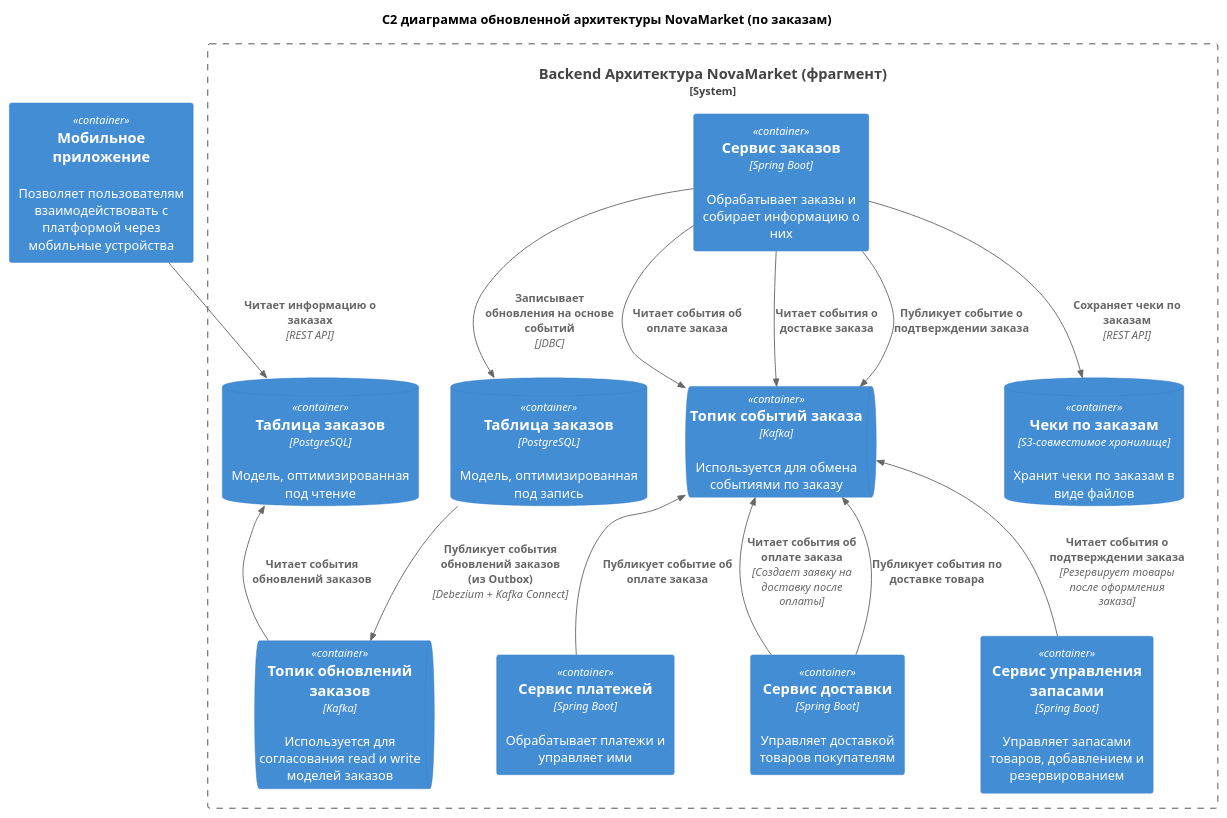
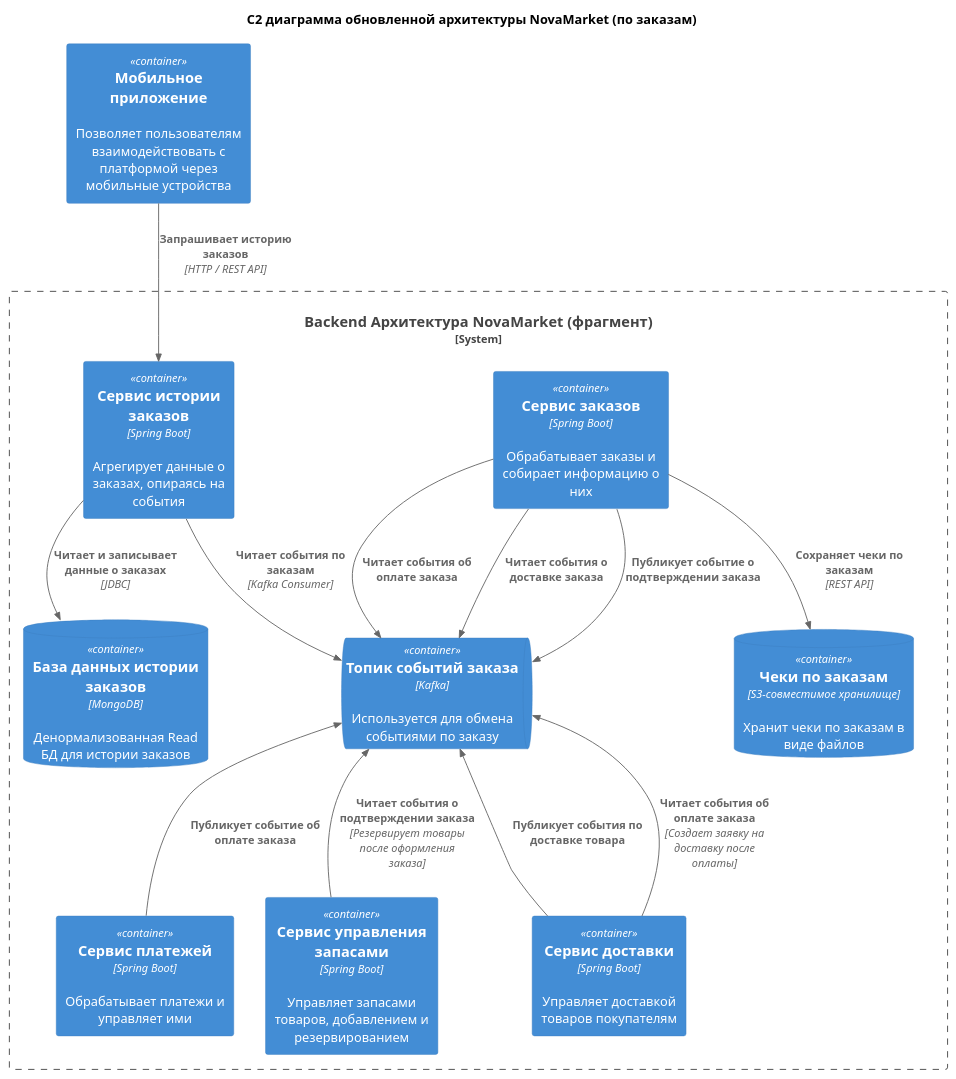
One commit to VladimirBlake/MSA-3-NovaMarket changed the diagram in Task2/c2_order-history.puml. Above: the diagram before and after it, drawn with PlantUML. The commit also changed 1 other file, not shown here.

```diff
--- a/Task2/c2_order-history.puml
+++ b/Task2/c2_order-history.puml
@@ -1,33 +1,31 @@
 @startuml C4_Elements
 !include https://raw.githubusercontent.com/plantuml-stdlib/C4-PlantUML/master/C4_Container.puml
 title "C2 диаграмма обновленной архитектуры NovaMarket (по заказам)"
 
 System_Boundary(novaMarket, "Backend Архитектура NovaMarket (фрагмент)") {
     Container(orderService, "Сервис заказов", "Spring Boot", "Обрабатывает заказы и собирает информацию о них")
     Container(paymentService, "Сервис платежей", "Spring Boot", "Обрабатывает платежи и управляет ими")
     Container(inventoryService, "Сервис управления запасами", "Spring Boot", "Управляет запасами товаров, добавлением и резервированием")
     Container(deliveryService, "Сервис доставки", "Spring Boot", "Управляет доставкой товаров покупателям")
-    ContainerDb(orderReadDb, "Таблица заказов", "PostgreSQL", "Модель, оптимизированная под чтение")
-    ContainerDb(orderWriteDb, "Таблица заказов", "PostgreSQL", "Модель, оптимизированная под запись")
     ContainerDb(s3, "Чеки по заказам", "S3-совместимое хранилище", "Хранит чеки по заказам в виде файлов")
+    Container(orderHistoryService, "Сервис истории заказов", "Spring Boot", "Агрегирует данные о заказах, опираясь на события")
+    ContainerDb(orderHistoryDB, "База данных истории заказов", "MongoDB", "Денормализованная Read БД для истории заказов")
 
-    ContainerQueue(orderUpdateTopic, "Топик обновлений заказов", "Kafka", "Используется для согласования read и write моделей заказов")
     ContainerQueue(orderTopic, "Топик событий заказа", "Kafka", "Используется для обмена событиями по заказу")
 }
 
 Container(mobileApp, "Мобильное приложение", "", "Позволяет пользователям взаимодействовать с платформой через мобильные устройства")
 Rel(orderService, orderTopic, "Публикует событие о подтверждении заказа")
 Rel_U(inventoryService, orderTopic, "Читает события о подтверждении заказа", "Резервирует товары после оформления заказа")
 Rel_U(paymentService, orderTopic, "Публикует событие об оплате заказа")
 Rel(orderService, orderTopic, "Читает события об оплате заказа")
 Rel(orderService, orderTopic, "Читает события о доставке заказа")
 Rel_U(deliveryService, orderTopic, "Публикует события по доставке товара")
 Rel(deliveryService, orderTopic, "Читает события об оплате заказа", "Создает заявку на доставку после оплаты")
-Rel(orderWriteDb, orderUpdateTopic, "Публикует события обновлений заказов (из Outbox)", "Debezium + Kafka Connect")
-Rel_U(orderUpdateTopic, orderReadDb, "Читает события обновлений заказов")
-Rel_D(mobileApp, orderReadDb, "Читает информацию о заказах", "REST API")
+Rel(orderHistoryService, orderTopic, "Читает события по заказам", "Kafka Consumer")
 Rel(orderService, s3, "Сохраняет чеки по заказам", "REST API")
+Rel(mobileApp, orderHistoryService, "Запрашивает историю заказов", "HTTP / REST API")
 
-Rel(orderService, orderWriteDb, "Записывает обновления на основе событий", "JDBC")
+Rel(orderHistoryService, orderHistoryDB, "Читает и записывает данные о заказах", "JDBC")
 
 @enduml
```
